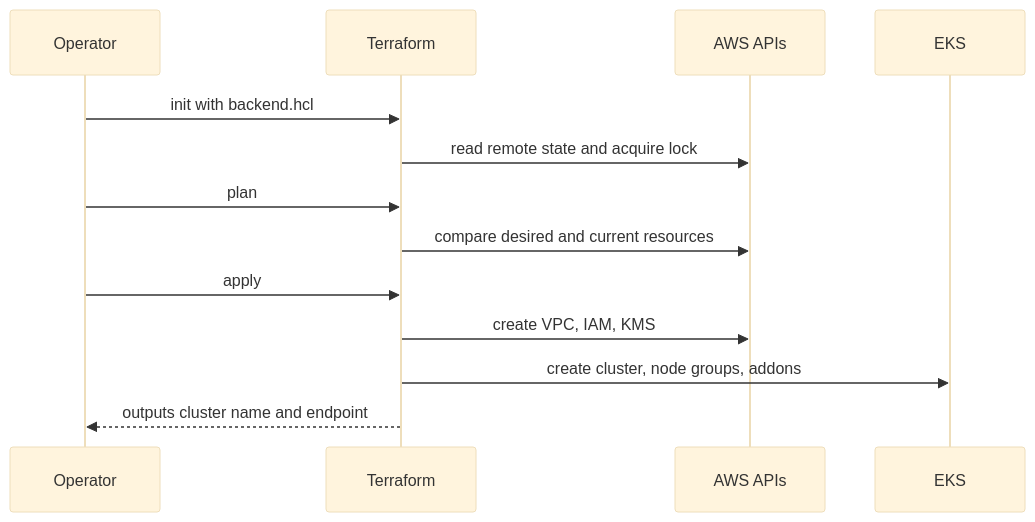
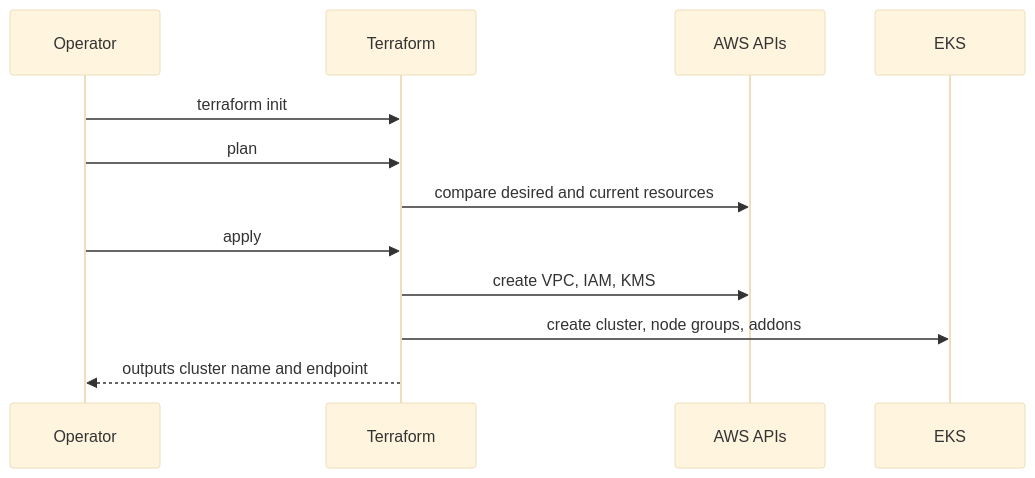
The second of 2 diagrams in terraform/README.md (Kien-devops/eks-cicd-argocd-sec-monitor), drawn with Mermaid (base theme) before and after one commit. The commit also changed other lines of this file and 10 other files, not shown here.

````diff
--- a/terraform/README.md
+++ b/terraform/README.md
@@ -31,16 +28,15 @@
 ```mermaid
 sequenceDiagram
   participant Op as Operator
   participant TF as Terraform
   participant AWS as AWS APIs
   participant EKS as EKS
 
-  Op->>TF: init with backend.hcl
-  TF->>AWS: read remote state and acquire lock
+  Op->>TF: terraform init
   Op->>TF: plan
   TF->>AWS: compare desired and current resources
   Op->>TF: apply
   TF->>AWS: create VPC, IAM, KMS
   TF->>EKS: create cluster, node groups, addons
   TF-->>Op: outputs cluster name and endpoint
 ```
````
